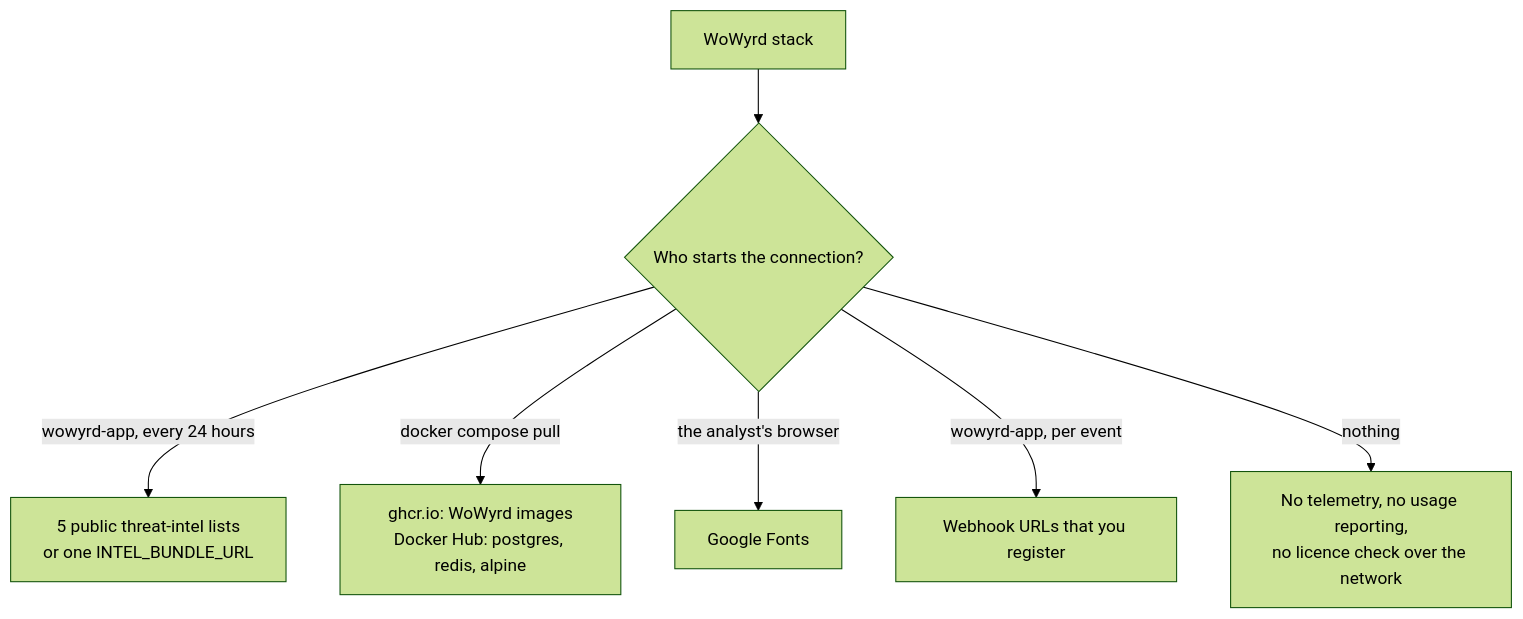
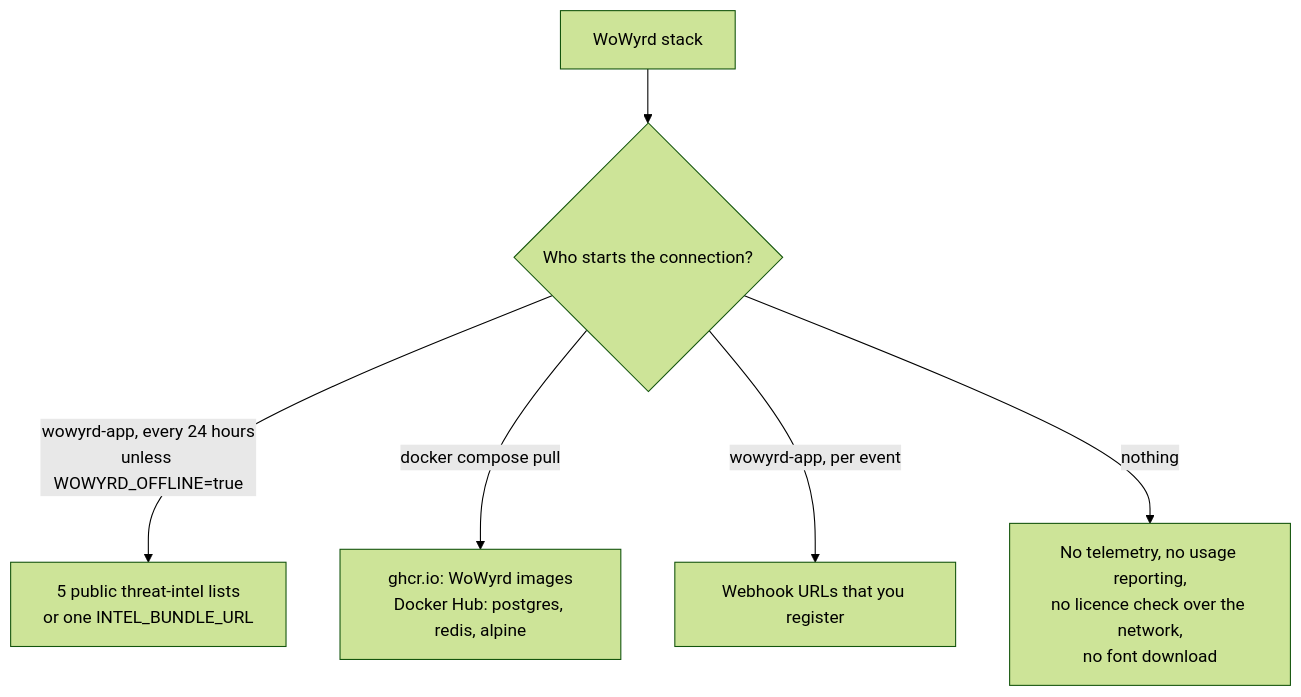
The first of 3 diagrams in NETWORK.md (chavychaze/wowyrd-pub), drawn with Mermaid (forest theme) before and after one commit. The commit also changed other lines of this file and 8 other files, not shown here.

````diff
--- a/NETWORK.md
+++ b/NETWORK.md
@@ -5,9 +6,8 @@
 ```mermaid
 flowchart TD
     A[WoWyrd stack] --> B{Who starts the connection?}
-    B -->|wowyrd-app, every 24 hours| C[5 public threat-intel lists<br/>or one INTEL_BUNDLE_URL]
+    B -->|wowyrd-app, every 24 hours<br/>unless WOWYRD_OFFLINE=true| C[5 public threat-intel lists<br/>or one INTEL_BUNDLE_URL]
     B -->|docker compose pull| D[ghcr.io: WoWyrd images<br/>Docker Hub: postgres, redis, alpine]
-    B -->|the analyst's browser| E[Google Fonts]
     B -->|wowyrd-app, per event| F[Webhook URLs that you register]
-    B -->|nothing| G[No telemetry, no usage reporting,<br/>no licence check over the network]
+    B -->|nothing| G[No telemetry, no usage reporting,<br/>no licence check over the network,<br/>no font download]
 ```
````
